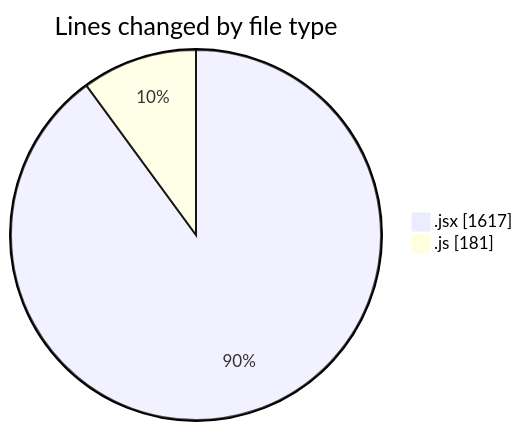
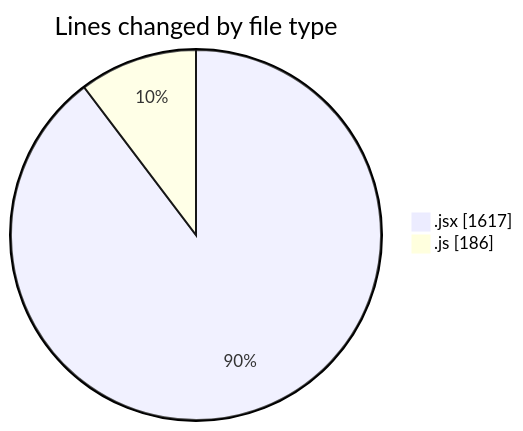
One commit to nxtqubesakshisongat/code-tracking changed the first of 2 diagrams in 2025-06-04/nxtqube_webapp/README.md. Above: the diagram before and after it, drawn with Mermaid. The commit also changed other lines of this file and 1 other file, not shown here.

````diff
--- a/2025-06-04/nxtqube_webapp/README.md
+++ b/2025-06-04/nxtqube_webapp/README.md
@@ -22,6 +22,6 @@
 ```mermaid
 pie showData
 title Lines changed by file type
 ".jsx" : 1617
-".js" : 181
+".js" : 186
 ```
````
